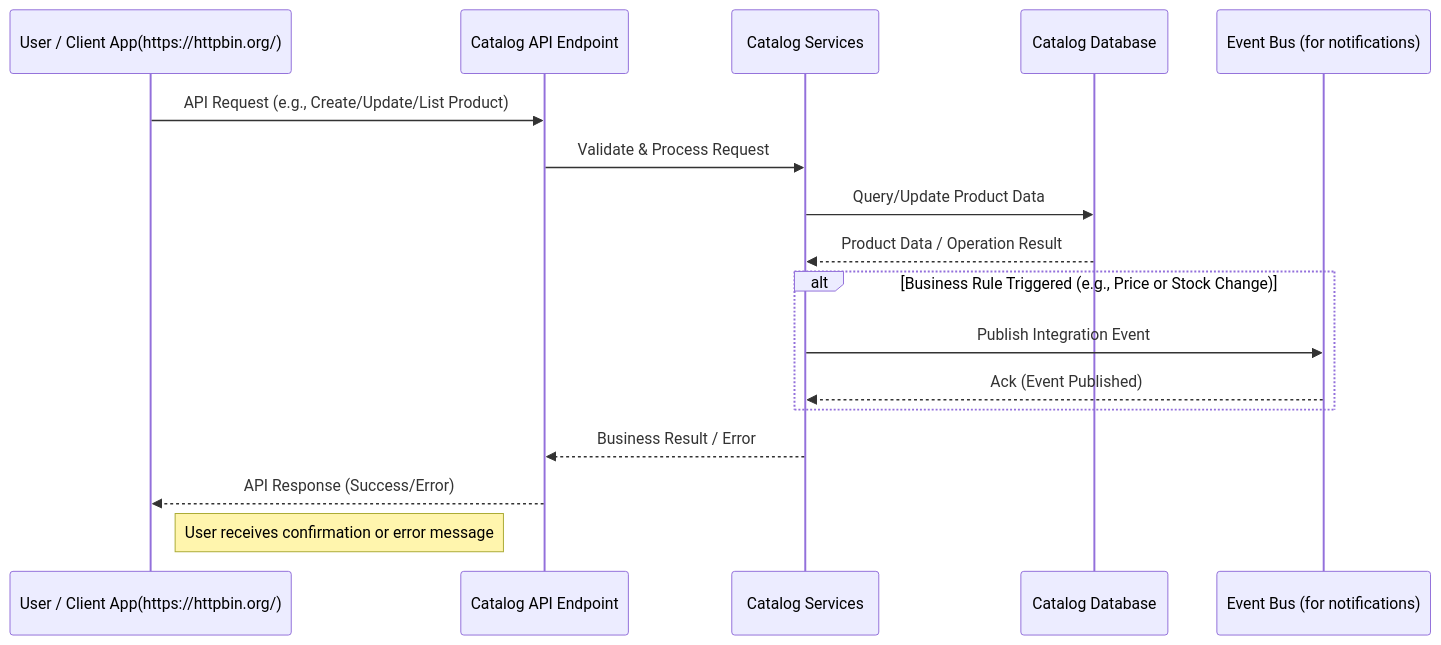
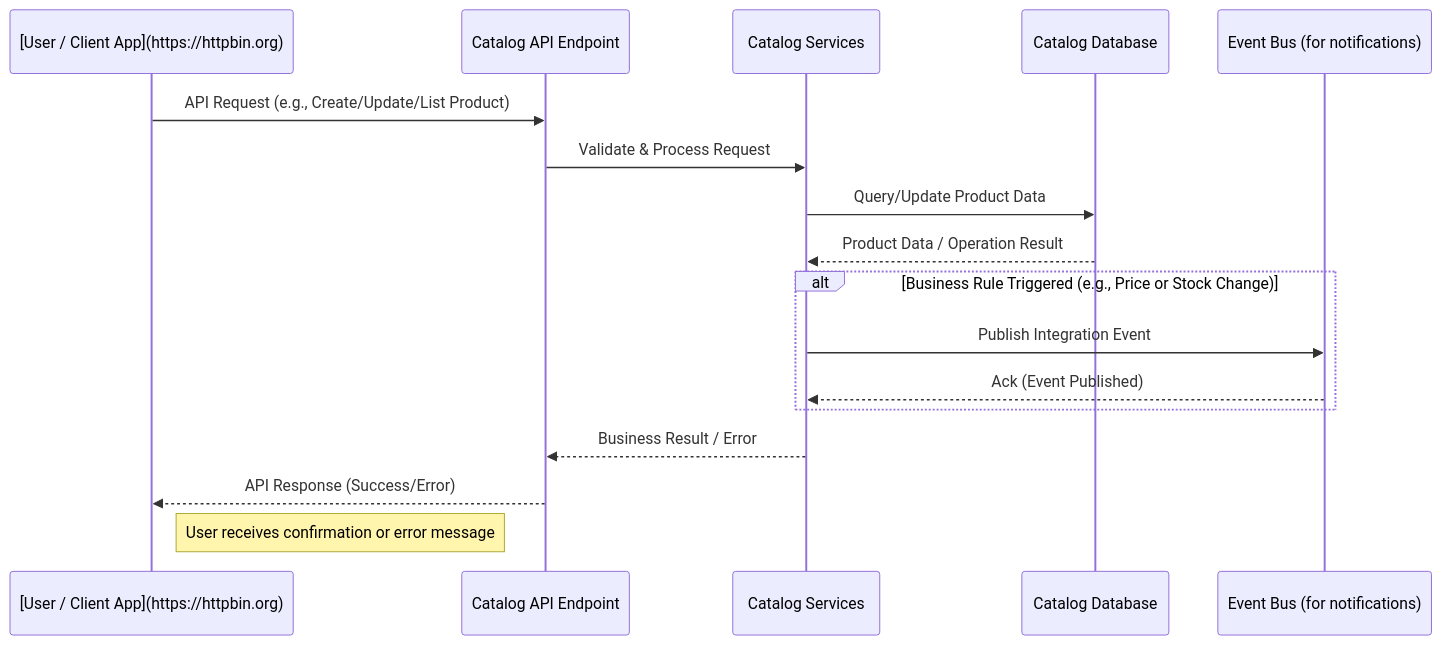
One commit to akhileshap9/automated-doc-poc-repo changed the first of 2 diagrams in src/Catalog.API/FeatureDetails.md. Above: the diagram before and after it, drawn with Mermaid.

````diff
--- a/src/Catalog.API/FeatureDetails.md
+++ b/src/Catalog.API/FeatureDetails.md
@@ -24,20 +24,20 @@
 ```mermaid
 sequenceDiagram
-    participant User as User / Client App(https://httpbin.org/)
+    participant User as [User / Client App](https://httpbin.org)
     participant CatalogAPI as Catalog API Endpoint
     participant CatalogServices as Catalog Services
     participant DB as Catalog Database
     participant EventBus as Event Bus (for notifications)
 
     User->>CatalogAPI: API Request (e.g., Create/Update/List Product)
     CatalogAPI->>CatalogServices: Validate & Process Request
     CatalogServices->>DB: Query/Update Product Data
     DB-->>CatalogServices: Product Data / Operation Result
     alt Business Rule Triggered (e.g., Price or Stock Change)
         CatalogServices->>EventBus: Publish Integration Event
         EventBus-->>CatalogServices: Ack (Event Published)
     end
     CatalogServices-->>CatalogAPI: Business Result / Error
     CatalogAPI-->>User: API Response (Success/Error)
     Note right of User: User receives confirmation or error message
 ```
````
